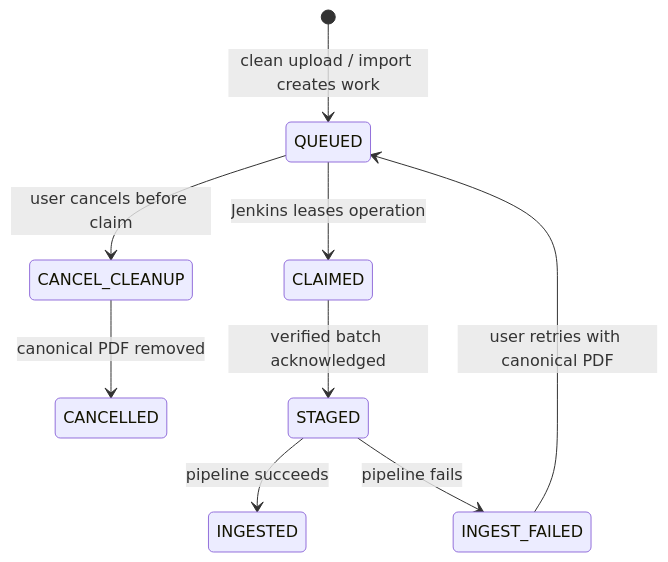
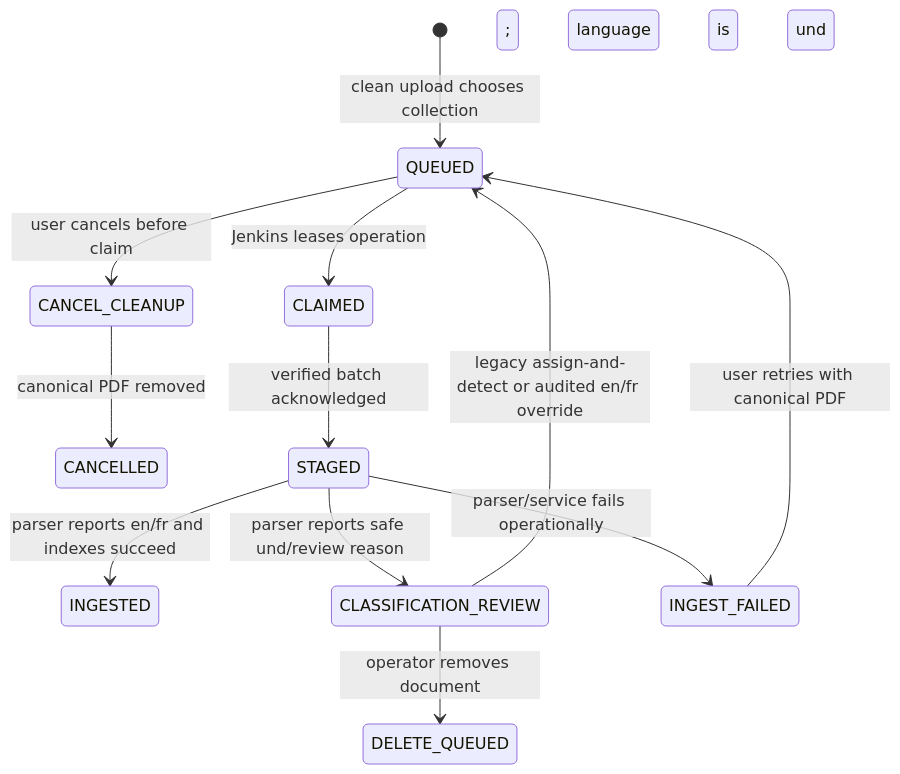
The second of 3 diagrams in docs/architecture.md (icosahedron10/pdf-bridge), drawn with Mermaid before and after one commit. The commit also changed other lines of this file and 43 other files, not shown here.

Commit message:
Add collection and language partitioning

````diff
--- a/docs/architecture.md
+++ b/docs/architecture.md
@@ -36,11 +71,14 @@
 ```mermaid
 stateDiagram-v2
-    [*] --> QUEUED: clean upload / import creates work
+    [*] --> QUEUED: clean upload chooses collection; language is und
     QUEUED --> CANCEL_CLEANUP: user cancels before claim
     CANCEL_CLEANUP --> CANCELLED: canonical PDF removed
     QUEUED --> CLAIMED: Jenkins leases operation
     CLAIMED --> STAGED: verified batch acknowledged
-    STAGED --> INGESTED: pipeline succeeds
-    STAGED --> INGEST_FAILED: pipeline fails
+    STAGED --> INGESTED: parser reports en/fr and indexes succeed
+    STAGED --> CLASSIFICATION_REVIEW: parser reports safe und/review reason
+    STAGED --> INGEST_FAILED: parser/service fails operationally
     INGEST_FAILED --> QUEUED: user retries with canonical PDF
+    CLASSIFICATION_REVIEW --> QUEUED: legacy assign-and-detect or audited en/fr override
+    CLASSIFICATION_REVIEW --> DELETE_QUEUED: operator removes document
 ```
````
